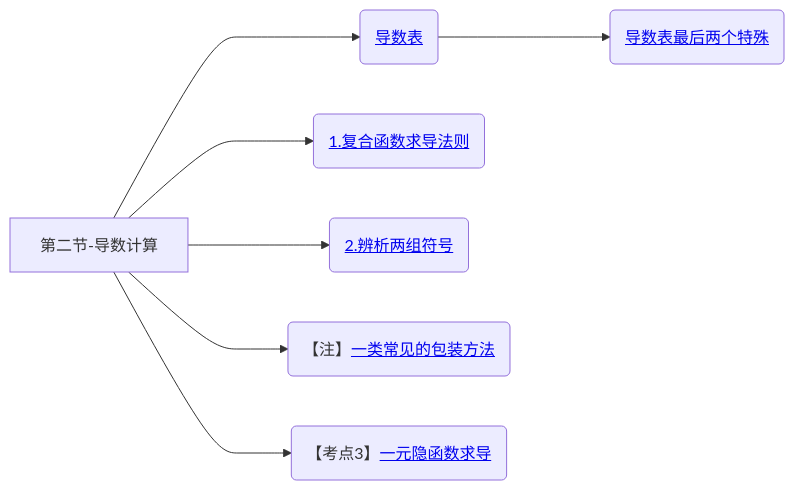
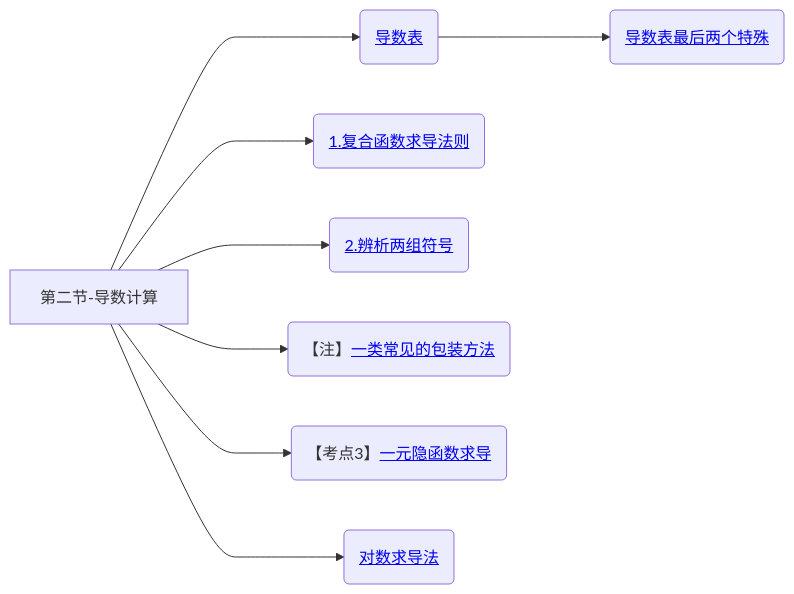
Before and after one commit to yuebinghui/note: diagram 12 of 12 in 笔记/数学/周洋鑫/01.基础班思维导图.md, drawn with Mermaid. The commit also changed 8 other files, not shown here.

````diff
--- a/笔记/数学/周洋鑫/01.基础班思维导图.md
+++ b/笔记/数学/周洋鑫/01.基础班思维导图.md
@@ -454,14 +454,16 @@
 ```mermaid
 graph LR
 第二节-导数计算
 
 第二节-导数计算--->导数表(<a href="/Users/yuebinghui/Documents/program/github/note/笔记/数学/周洋鑫/零基础提前学/11.1零基础核心考点精讲10-1.md#导数表-必须记住">导数表</>)
 导数表--->导数表最后两个特殊(<a href="/Users/yuebinghui/Documents/program/github/note/笔记/数学/周洋鑫/零基础提前学/11.1零基础核心考点精讲10-1.md#导数表最后两个特殊">导数表最后两个特殊</>)
 第二节-导数计算--->复合函数求导法则(<a href="/Users/yuebinghui/Documents/program/github/note/笔记/数学/周洋鑫/基础班/12.导数计算_1.md#复合函数求导法则">1.复合函数求导法则</>)
 第二节-导数计算--->2.辨析两组符号(<a href="/Users/yuebinghui/Documents/program/github/note/笔记/数学/周洋鑫/基础班/12.导数计算_1.md#2.辨析两组符号">2.辨析两组符号</>)
 
 第二节-导数计算--->一类常见的包装方法(【注】<a href="/Users/yuebinghui/Documents/program/github/note/笔记/数学/周洋鑫/基础班/12.导数计算_1.md#一类常见的包装方法">一类常见的包装方法</>)
 
 第二节-导数计算--->一元隐函数求导(【考点3】<a href="/Users/yuebinghui/Documents/program/github/note/笔记/数学/周洋鑫/基础班/12.导数计算_1.md#一元隐函数求导">一元隐函数求导</>)
 
+第二节-导数计算--->对数求导法(<a href="/Users/yuebinghui/Documents/program/github/note/笔记/数学/周洋鑫/基础班/13.导数计算_2.md#对数求导法">对数求导法</>)
+
 ```
````
